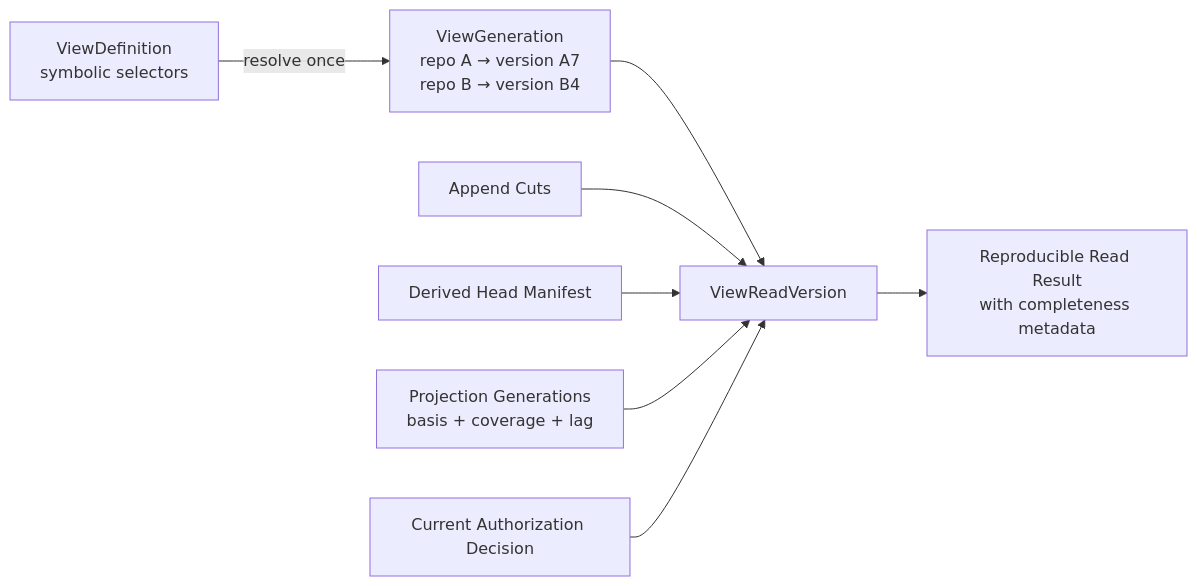
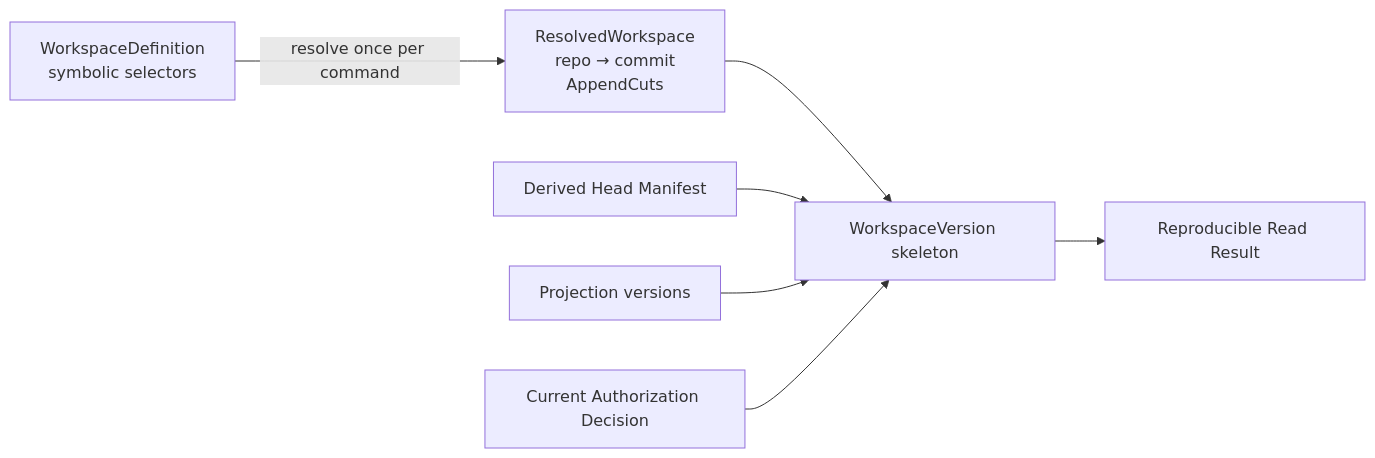
Before and after one commit to AlexKaiqi/knowledge-catalog: the sixth of 17 diagrams in docs/KNOWLEDGE_CATALOG_DESIGN.md, drawn with Mermaid. The commit also changed other lines of this file and 183 other files, not shown here.

````diff
--- a/docs/KNOWLEDGE_CATALOG_DESIGN.md
+++ b/docs/KNOWLEDGE_CATALOG_DESIGN.md
@@ -455,11 +456,10 @@
 ```mermaid
-%% diagram:view-read-version
+%% diagram:workspace-read-version
 flowchart LR
-  VD[ViewDefinition<br/>symbolic selectors] -->|resolve once| VG[ViewGeneration<br/>repo A → version A7<br/>repo B → version B4]
-  VG --> VRV[ViewReadVersion]
-  AC[Append Cuts] --> VRV
+  VD[WorkspaceDefinition<br/>symbolic selectors] -->|resolve once per command| VG[ResolvedWorkspace<br/>repo → commit<br/>AppendCuts]
+  VG --> VRV[WorkspaceVersion skeleton]
   DH[Derived Head Manifest] --> VRV
-  PG[Projection Generations<br/>basis + coverage + lag] --> VRV
+  PG[Projection versions] --> VRV
   AR[Current Authorization Decision] --> VRV
-  VRV --> RR[Reproducible Read Result<br/>with completeness metadata]
+  VRV --> RR[Reproducible Read Result]
 ```
````
